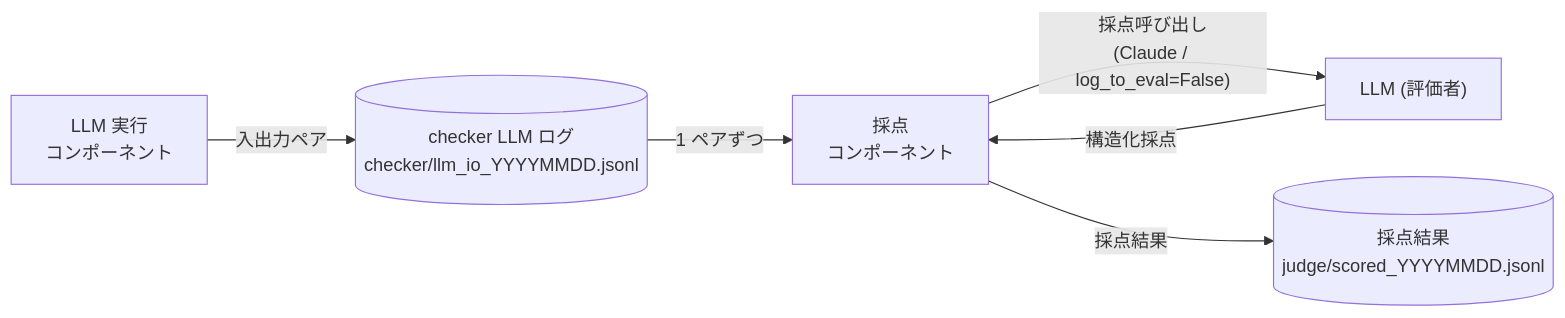
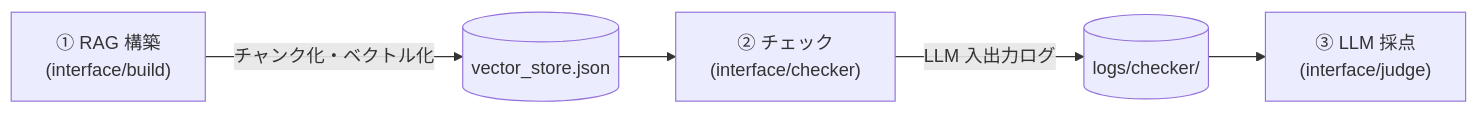
One commit to daisuke0412/md-checker changed the first of 2 diagrams in docs/architecture.md. Above: the diagram before and after it, drawn with Mermaid. The commit also changed other lines of this file and 17 other files, not shown here.

````diff
--- a/docs/architecture.md
+++ b/docs/architecture.md
@@ -119,8 +9,7 @@
 ```mermaid
 flowchart LR
-    pipe["LLM 実行<br/>コンポーネント"] -->|"入出力ペア"| log[("checker LLM ログ<br/>checker/llm_io_YYYYMMDD.jsonl")]
-    log -->|"1 ペアずつ"| judge["採点<br/>コンポーネント"]
-    judge -->|"採点呼び出し<br/>(Claude / log_to_eval=False)"| llm["LLM (評価者)"]
-    llm -->|"構造化採点"| judge
-    judge -->|"採点結果"| scored[("採点結果<br/>judge/scored_YYYYMMDD.jsonl")]
+    build["① RAG 構築\n(interface/build)"] -->|"チャンク化・ベクトル化"| store[("vector_store.json")]
+    store --> checker["② チェック\n(interface/checker)"]
+    checker -->|"LLM 入出力ログ"| log[("logs/checker/")]
+    log --> judge["③ LLM 採点\n(interface/judge)"]
 ```
````
